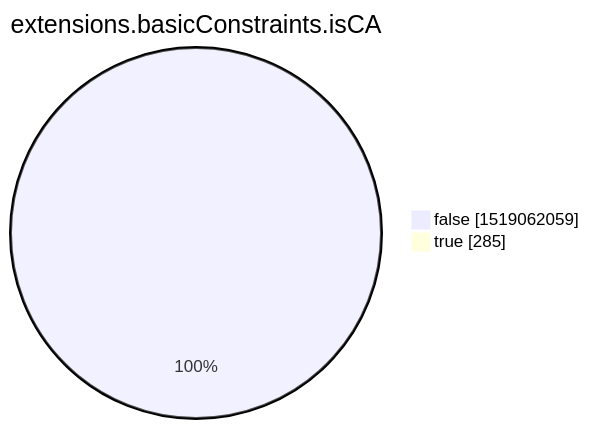
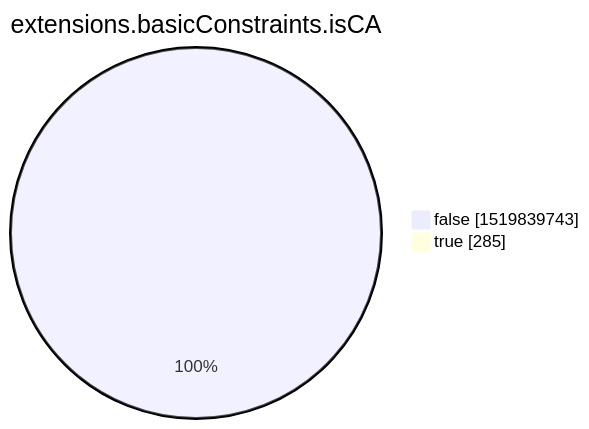
Before and after one commit to christiankrug/ctmonitor_visualization: the eighth of 15 diagrams in xenon2022/README.md, drawn with Mermaid. The commit also changed other lines of this file, not shown here.

````diff
--- a/xenon2022/README.md
+++ b/xenon2022/README.md
@@ -2855,6 +2855,6 @@
 ```mermaid
 pie showData
 title extensions.basicConstraints.isCA
-"false" :1519062059
+"false" :1519839743
 "true" :285
 ```
````
